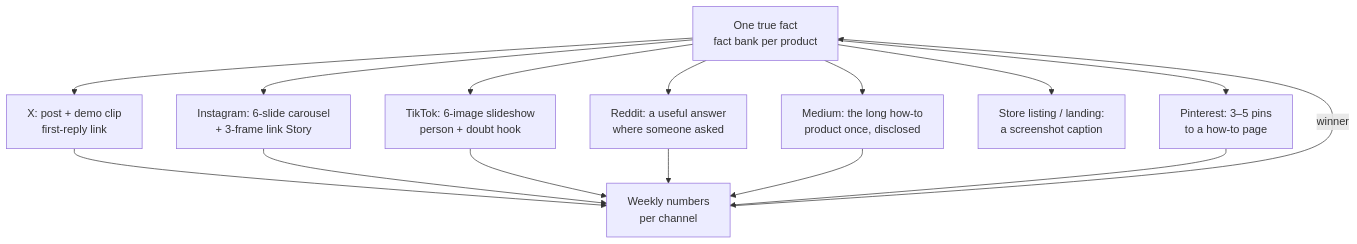
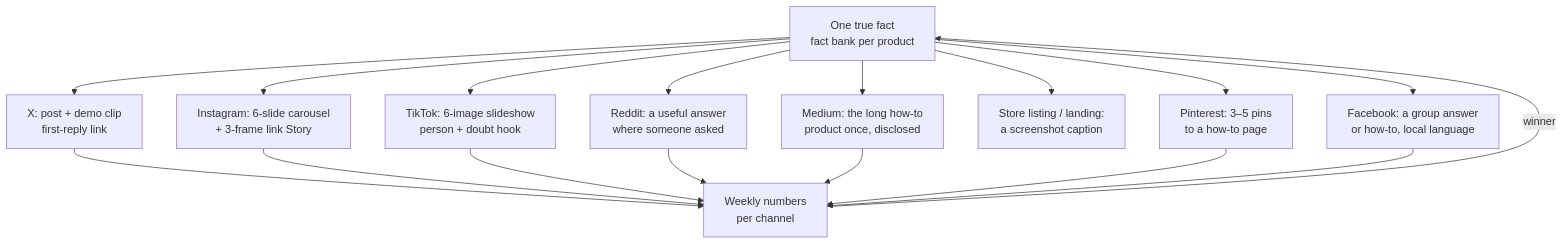
The second of 3 diagrams in marketing/README-marketing-social.md (OneClickTool/product-growth-playbook), drawn with Mermaid before and after one commit. The commit also changed other lines of this file and 42 other files, not shown here.

````diff
--- a/marketing/README-marketing-social.md
+++ b/marketing/README-marketing-social.md
@@ -99,12 +105,13 @@
 ```mermaid
 flowchart TD
     F["One true fact<br/>fact bank per product"] --> XA["X: post + demo clip<br/>first-reply link"]
     F --> IA["Instagram: 6-slide carousel<br/>+ 3-frame link Story"]
     F --> TA["TikTok: 6-image slideshow<br/>person + doubt hook"]
     F --> RA["Reddit: a useful answer<br/>where someone asked"]
     F --> MA["Medium: the long how-to<br/>product once, disclosed"]
     F --> LA["Store listing / landing:<br/>a screenshot caption"]
     F --> PA["Pinterest: 3–5 pins<br/>to a how-to page"]
-    XA & IA & TA & RA & MA & PA --> NUM["Weekly numbers<br/>per channel"]
+    F --> FA["Facebook: a group answer<br/>or how-to, local language"]
+    XA & IA & TA & RA & MA & PA & FA --> NUM["Weekly numbers<br/>per channel"]
     NUM -- "winner" --> F
 ```
````
